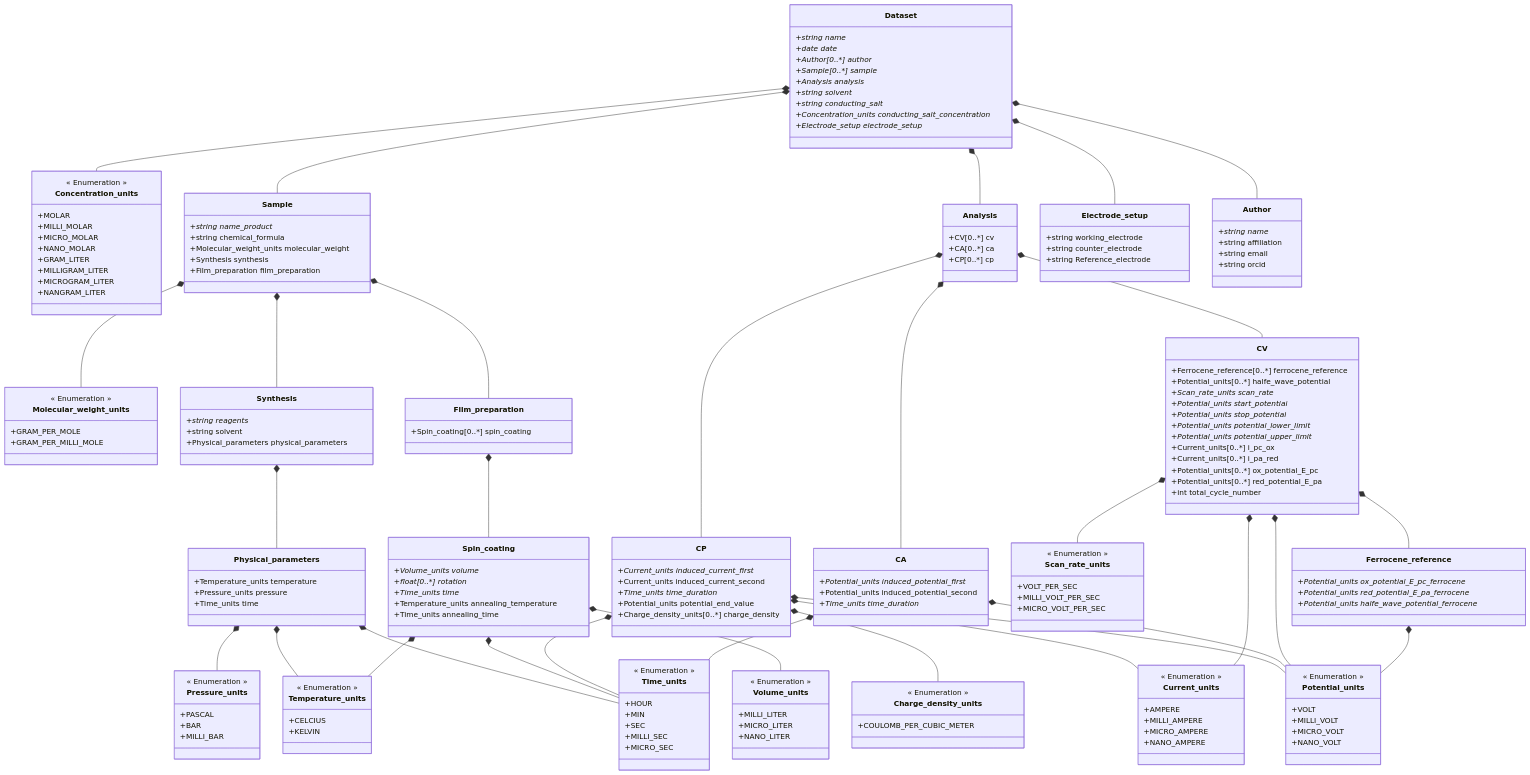
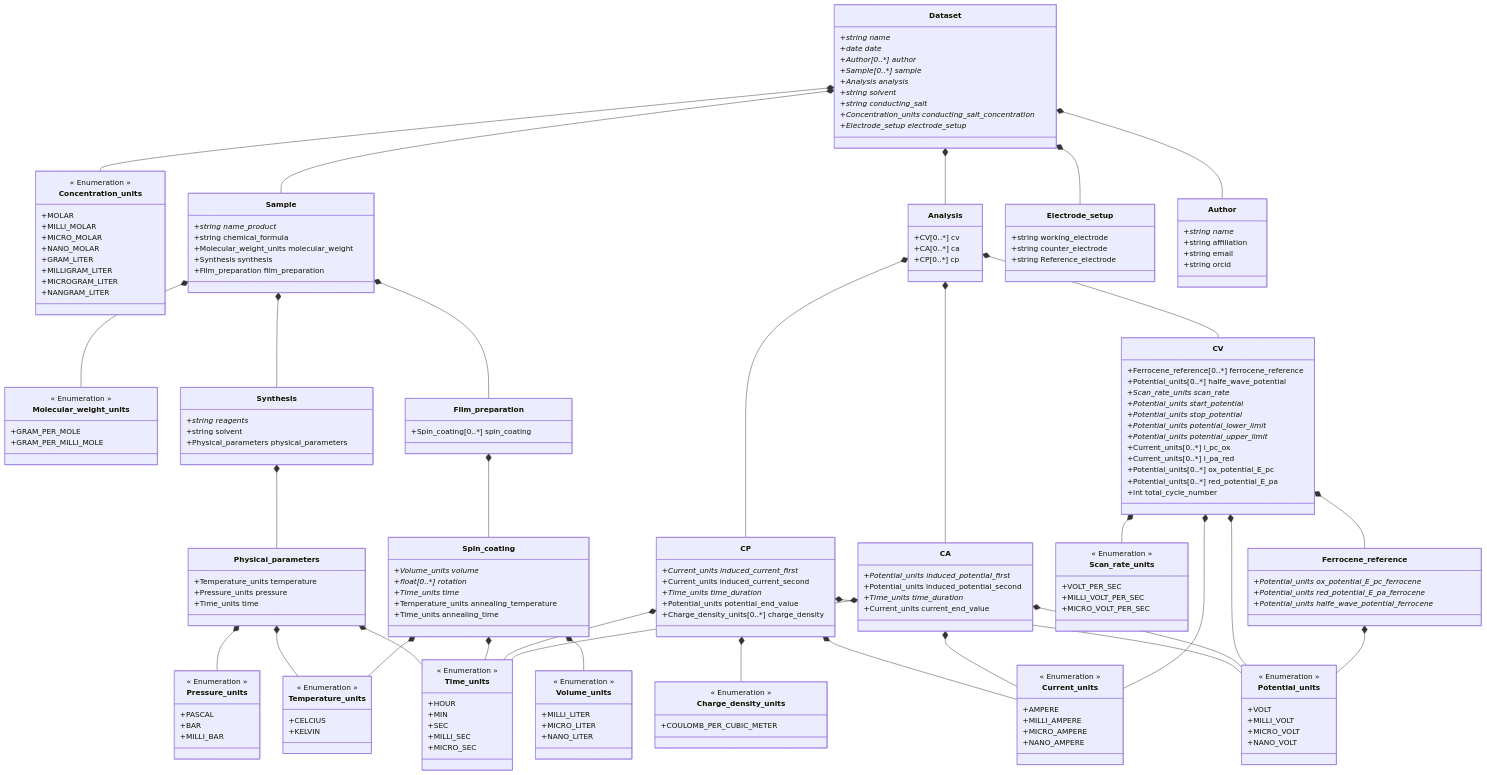
Before and after one commit to FAIRChemistry/datamodel-electrochemistry: the diagram in ElectrochemistryDataModel/schemes/electrochemistrydatamodel_schema.md, drawn with Mermaid. The commit also changed 14 other files, not shown here.

```diff
--- a/ElectrochemistryDataModel/schemes/electrochemistrydatamodel_schema.md
+++ b/ElectrochemistryDataModel/schemes/electrochemistrydatamodel_schema.md
@@ -24,6 +24,7 @@
     CP *-- Current_units
     CP *-- Potential_units
     CA *-- Time_units
+    CA *-- Current_units
     CA *-- Potential_units
     CV *-- Scan_rate_units
     CV *-- Current_units
@@ -93,6 +94,7 @@
         +Potential_units induced_potential_first*
         +Potential_units induced_potential_second
         +Time_units time_duration*
+        +Current_units current_end_value
     }
     
     class CV {
```
